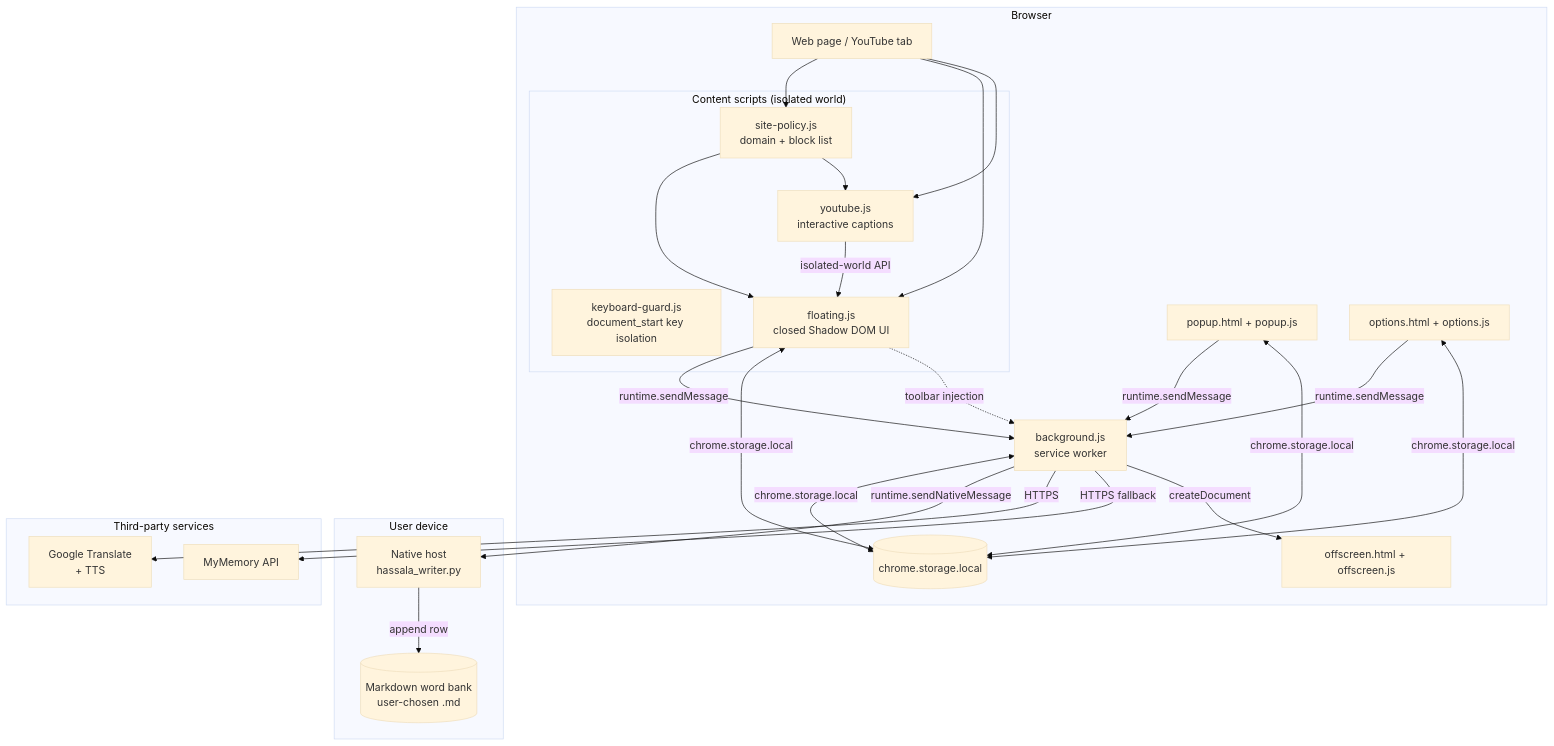
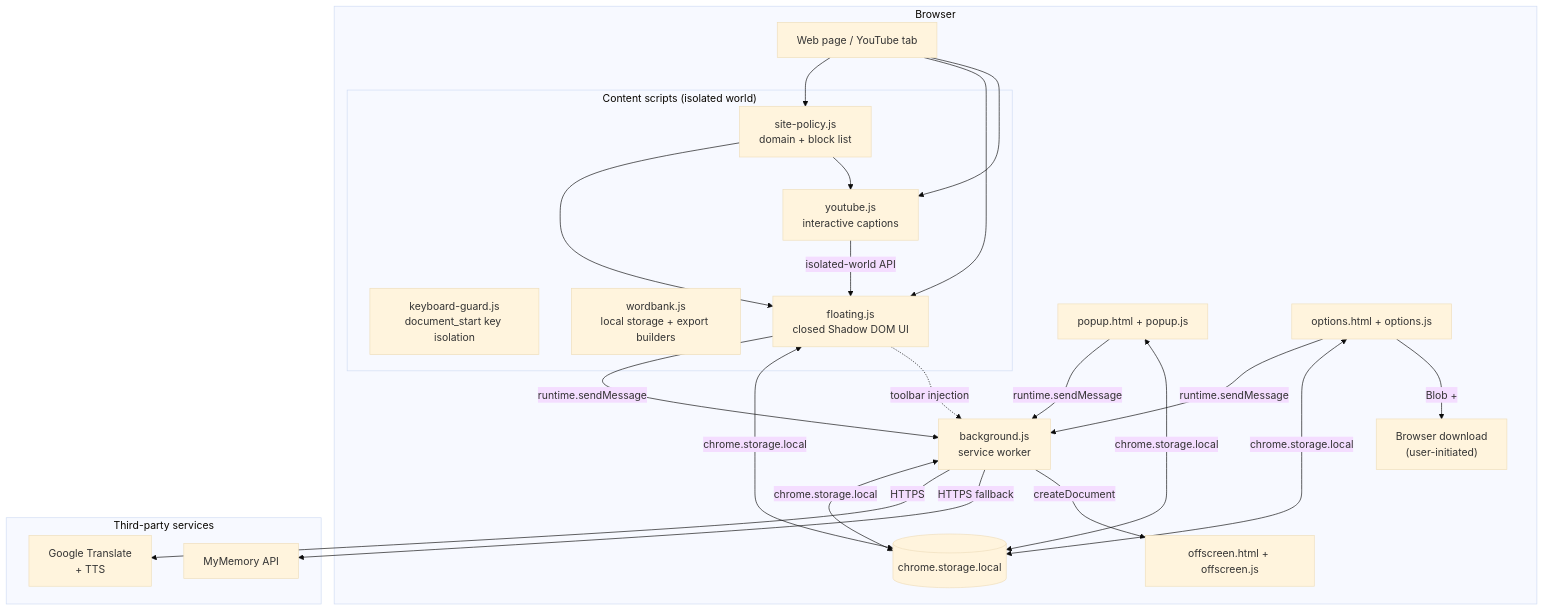
One commit to nagdista-dev/hassala changed the first of 5 diagrams in docs/ARCHITECTURE.md. Above: the diagram before and after it, drawn with Mermaid (base theme). The commit also changed other lines of this file and 48 other files, not shown here.

First line of the commit message:
Move Hassala to a local word bank and redesign the UI

````diff
--- a/docs/ARCHITECTURE.md
+++ b/docs/ARCHITECTURE.md
@@ -16,47 +18,43 @@
 ```mermaid
 flowchart TB
     subgraph Browser["Browser"]
         Page["Web page / YouTube tab"]
         subgraph CS["Content scripts (isolated world)"]
             Policy["site-policy.js<br/>domain + block list"]
             Guard["keyboard-guard.js<br/>document_start key isolation"]
+            Bank["wordbank.js<br/>local storage + export builders"]
             Floating["floating.js<br/>closed Shadow DOM UI"]
             YouTube["youtube.js<br/>interactive captions"]
         end
         SW["background.js<br/>service worker"]
         Popup["popup.html + popup.js"]
         Options["options.html + options.js"]
         Offscreen["offscreen.html + offscreen.js"]
         Storage[("chrome.storage.local")]
-    end
-
-    subgraph Device["User device"]
-        Host["Native host<br/>hassala_writer.py"]
-        Note[("Markdown word bank<br/>user-chosen .md")]
+        Download["Browser download<br/>(user-initiated)"]
     end
 
     subgraph Cloud["Third-party services"]
         Google["Google Translate<br/>+ TTS"]
         MyMemory["MyMemory API"]
     end
 
     Page --> Policy
     Page --> Floating
     Page --> YouTube
     Policy --> Floating
     Policy --> YouTube
     Floating -->|"runtime.sendMessage"| SW
     YouTube -->|"isolated-world API"| Floating
     Popup -->|"runtime.sendMessage"| SW
     Options -->|"runtime.sendMessage"| SW
     SW <-->|"chrome.storage.local"| Storage
     Floating <-->|"chrome.storage.local"| Storage
     Popup <-->|"chrome.storage.local"| Storage
     Options <-->|"chrome.storage.local"| Storage
-    SW -->|"runtime.sendNativeMessage"| Host
-    Host -->|"append row"| Note
+    Options -->|"Blob + <a download>"| Download
     SW -->|"HTTPS"| Google
     SW -->|"HTTPS fallback"| MyMemory
     SW -->|"createDocument"| Offscreen
     Floating -.->|"toolbar injection"| SW
 ```
````
